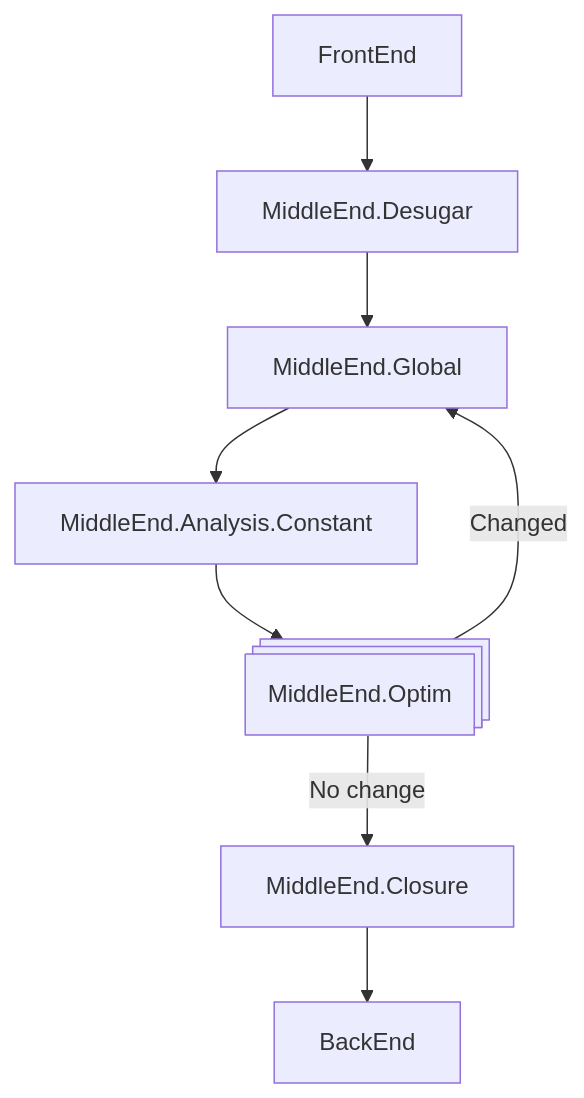
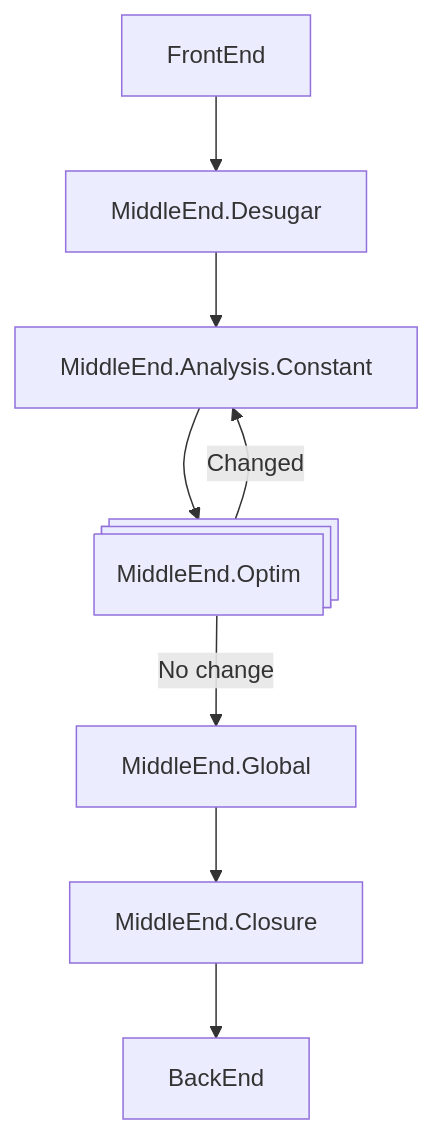
The diagram in doc/MiddleEnd.md (cpuex1/mincc), drawn with Mermaid before and after one commit.

````diff
--- a/doc/MiddleEnd.md
+++ b/doc/MiddleEnd.md
@@ -3,17 +3,17 @@
 ```mermaid
 flowchart TD
     FrontEnd@{shape: rect, label: "FrontEnd"}
     BackEnd@{shape: rect, label: "BackEnd"}
     Desugar@{shape: rect, label: "MiddleEnd.Desugar"}
     Global@{shape: rect, label: "MiddleEnd.Global"}
     Analysis@{shape: rect, label: "MiddleEnd.Analysis.Constant"}
     Optim@{shape: processes, label: "MiddleEnd.Optim"}
     Closure@{shape: rect, label: "MiddleEnd.Closure"}
     FrontEnd --> Desugar
-    Desugar --> Global
-    Global --> Analysis
+    Desugar --> Analysis
     Analysis --> Optim
-    Optim -->|Changed| Global
-    Optim -->|No change| Closure
+    Optim -->|Changed| Analysis
+    Optim -->|No change| Global
+    Global --> Closure
     Closure --> BackEnd
 ```
````
